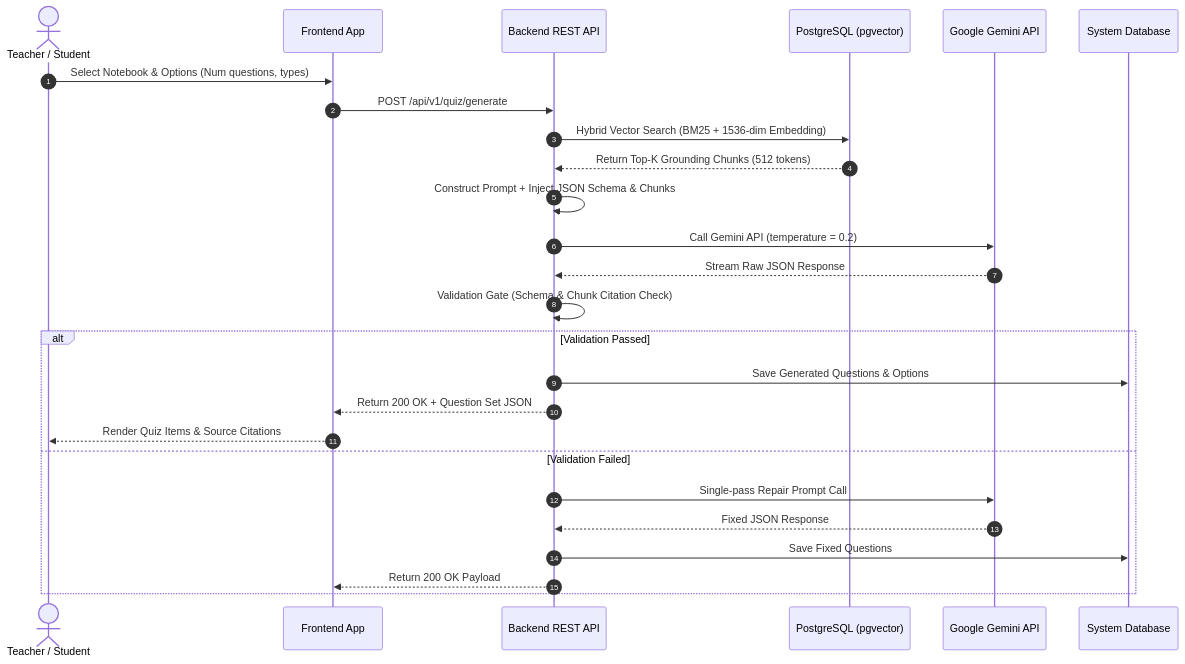
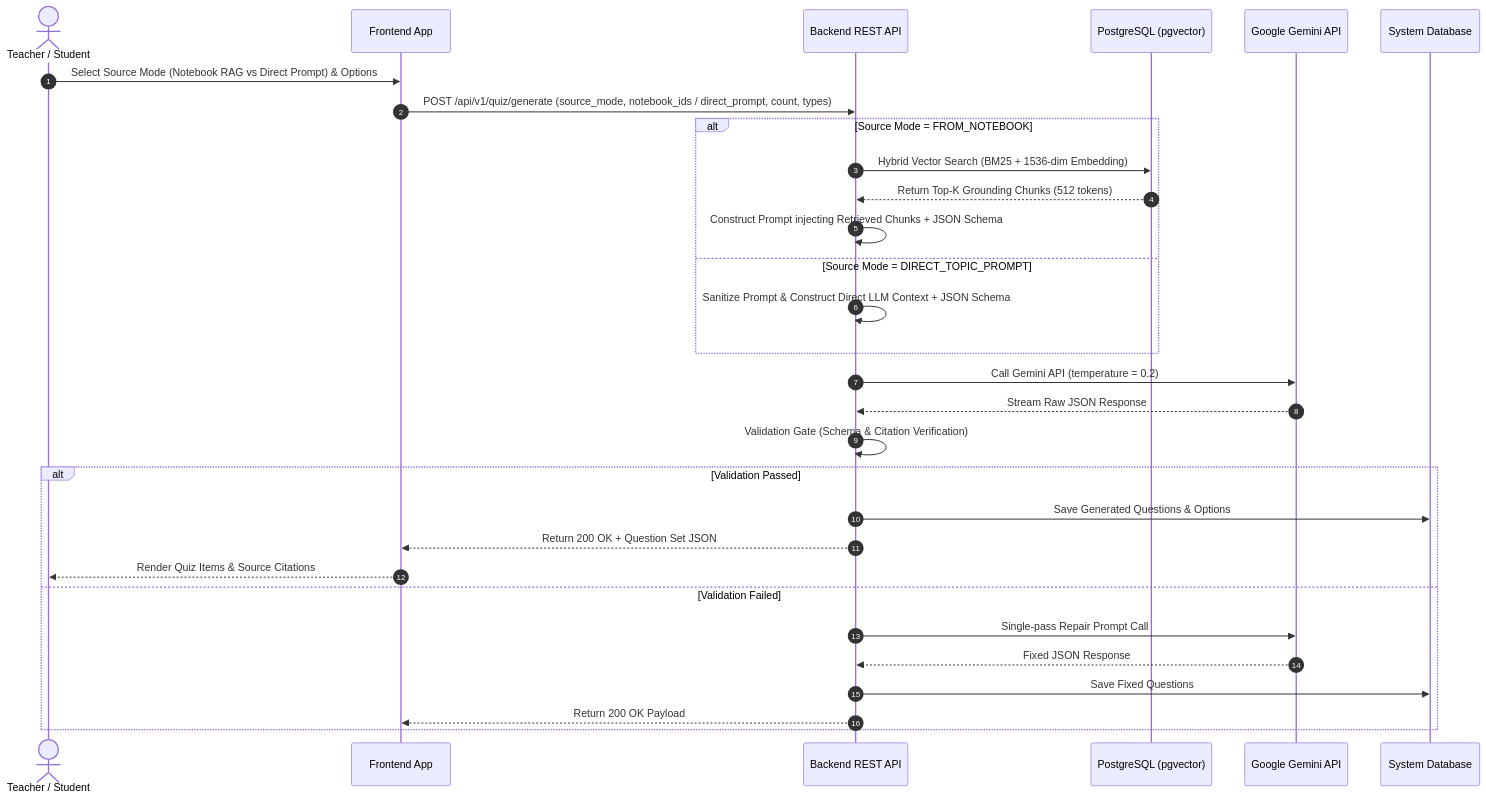
One commit to hygef-v4/EduAI changed the seventh of 8 diagrams in SRS_NotebookLM_EduAI_v1.2.0_backup.md. Above: the diagram before and after it, drawn with Mermaid. The commit also changed other lines of this file, not shown here.

First line of the commit message:
Expand SRS for direct text ingestion and quiz mode

````diff
--- a/SRS_NotebookLM_EduAI_v1.2.0_backup.md
+++ b/SRS_NotebookLM_EduAI_v1.2.0_backup.md
@@ -1000,29 +1025,35 @@
 ```mermaid
 sequenceDiagram
     autonumber
     actor User as Teacher / Student
     participant FE as Frontend App
     participant BE as Backend REST API
     participant PG as PostgreSQL (pgvector)
     participant LLM as Google Gemini API
     participant DB as System Database
 
-    User->>FE: Select Notebook & Options (Num questions, types)
-    FE->>BE: POST /api/v1/quiz/generate
-    BE->>PG: Hybrid Vector Search (BM25 + 1536-dim Embedding)
-    PG-->>BE: Return Top-K Grounding Chunks (512 tokens)
-    BE->>BE: Construct Prompt + Inject JSON Schema & Chunks
+    User->>FE: Select Source Mode (Notebook RAG vs Direct Prompt) & Options
+    FE->>BE: POST /api/v1/quiz/generate (source_mode, notebook_ids / direct_prompt, count, types)
+    
+    alt Source Mode = FROM_NOTEBOOK
+        BE->>PG: Hybrid Vector Search (BM25 + 1536-dim Embedding)
+        PG-->>BE: Return Top-K Grounding Chunks (512 tokens)
+        BE->>BE: Construct Prompt injecting Retrieved Chunks + JSON Schema
+    else Source Mode = DIRECT_TOPIC_PROMPT
+        BE->>BE: Sanitize Prompt & Construct Direct LLM Context + JSON Schema
+    end
+
     BE->>LLM: Call Gemini API (temperature = 0.2)
     LLM-->>BE: Stream Raw JSON Response
-    BE->>BE: Validation Gate (Schema & Chunk Citation Check)
+    BE->>BE: Validation Gate (Schema & Citation Verification)
     alt Validation Passed
         BE->>DB: Save Generated Questions & Options
         BE-->>FE: Return 200 OK + Question Set JSON
         FE-->>User: Render Quiz Items & Source Citations
     else Validation Failed
         BE->>LLM: Single-pass Repair Prompt Call
         LLM-->>BE: Fixed JSON Response
         BE->>DB: Save Fixed Questions
         BE-->>FE: Return 200 OK Payload
     end
 ```
````
